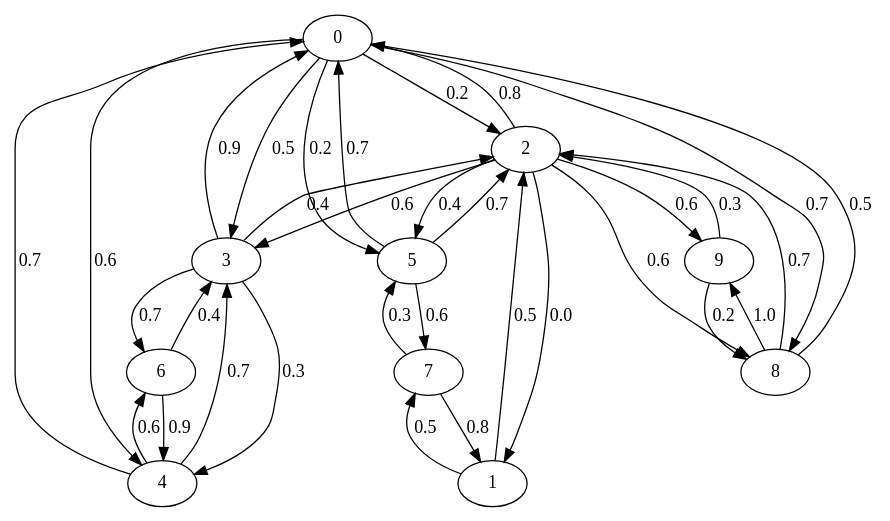
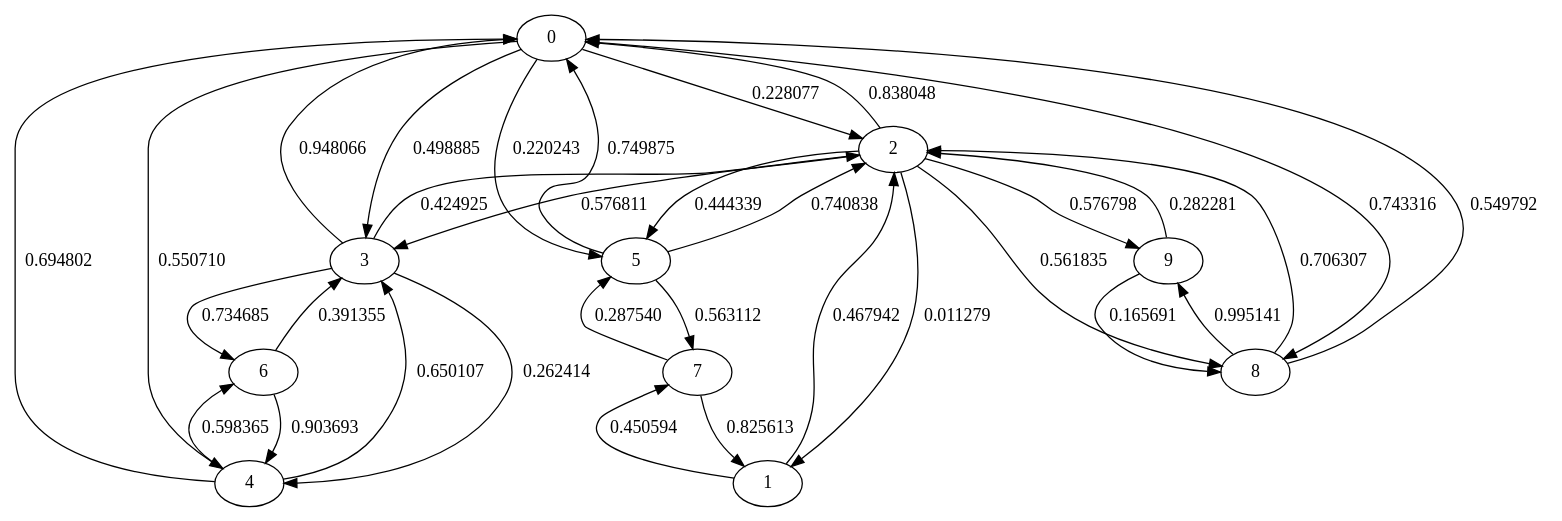
Before and after one commit to enzocussuol/Inflacao-Redes: the diagram in grafo.dot, drawn with Graphviz. The commit also changed 14 other files, not shown here.

```diff
--- a/grafo.dot
+++ b/grafo.dot
@@ -1,34 +1,34 @@
 digraph{
-0 -> 2[label="0.2"];
-0 -> 3[label="0.5"];
-0 -> 4[label="0.6"];
-0 -> 5[label="0.2"];
-0 -> 8[label="0.7"];
-1 -> 2[label="0.5"];
-1 -> 7[label="0.5"];
-2 -> 0[label="0.8"];
-2 -> 1[label="0.0"];
-2 -> 3[label="0.6"];
-2 -> 5[label="0.4"];
-2 -> 8[label="0.6"];
-2 -> 9[label="0.6"];
-3 -> 0[label="0.9"];
-3 -> 2[label="0.4"];
-3 -> 4[label="0.3"];
-3 -> 6[label="0.7"];
-4 -> 0[label="0.7"];
-4 -> 3[label="0.7"];
-4 -> 6[label="0.6"];
-5 -> 0[label="0.7"];
-5 -> 2[label="0.7"];
-5 -> 7[label="0.6"];
-6 -> 3[label="0.4"];
-6 -> 4[label="0.9"];
-7 -> 1[label="0.8"];
-7 -> 5[label="0.3"];
-8 -> 0[label="0.5"];
-8 -> 2[label="0.7"];
-8 -> 9[label="1.0"];
-9 -> 2[label="0.3"];
-9 -> 8[label="0.2"];
+0 -> 2[label="0.228077"];
+0 -> 3[label="0.498885"];
+0 -> 4[label="0.550710"];
+0 -> 5[label="0.220243"];
+0 -> 8[label="0.743316"];
+1 -> 2[label="0.467942"];
+1 -> 7[label="0.450594"];
+2 -> 0[label="0.838048"];
+2 -> 1[label="0.011279"];
+2 -> 3[label="0.576811"];
+2 -> 5[label="0.444339"];
+2 -> 8[label="0.561835"];
+2 -> 9[label="0.576798"];
+3 -> 0[label="0.948066"];
+3 -> 2[label="0.424925"];
+3 -> 4[label="0.262414"];
+3 -> 6[label="0.734685"];
+4 -> 0[label="0.694802"];
+4 -> 3[label="0.650107"];
+4 -> 6[label="0.598365"];
+5 -> 0[label="0.749875"];
+5 -> 2[label="0.740838"];
+5 -> 7[label="0.563112"];
+6 -> 3[label="0.391355"];
+6 -> 4[label="0.903693"];
+7 -> 1[label="0.825613"];
+7 -> 5[label="0.287540"];
+8 -> 0[label="0.549792"];
+8 -> 2[label="0.706307"];
+8 -> 9[label="0.995141"];
+9 -> 2[label="0.282281"];
+9 -> 8[label="0.165691"];
 }
```
